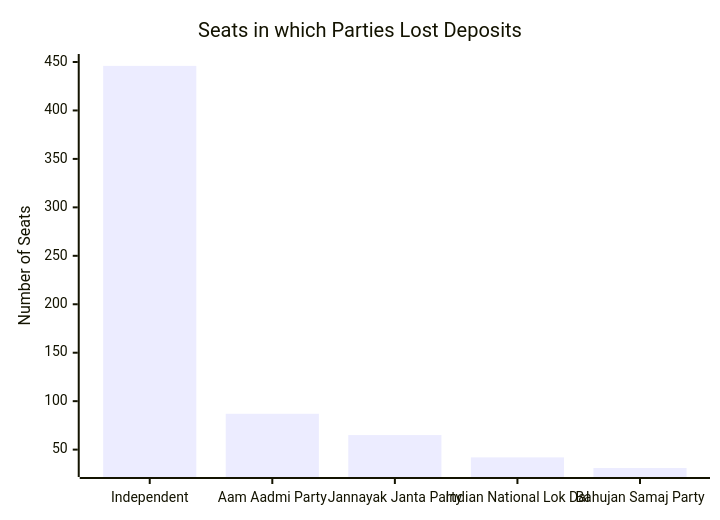
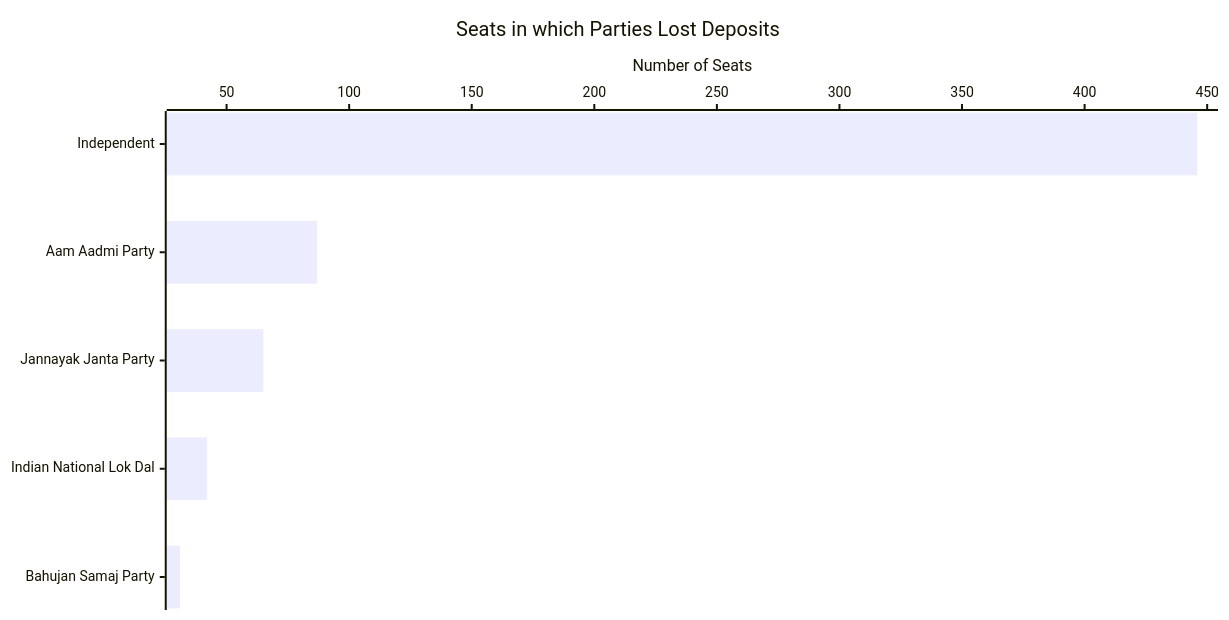
Diagram 15 of 22 in HARYANA-GRAPH.md (arjunswaj/elections), drawn with Mermaid before and after one commit. The commit also changed other lines of this file, not shown here.

Commit message:
Fix formatting of graphs

````diff
--- a/HARYANA-GRAPH.md
+++ b/HARYANA-GRAPH.md
@@ -277,7 +270,14 @@
 ```mermaid
+---
+config:
+    xyChart:
+        width: 1200
+        height: 600
+        chartOrientation: horizontal
+---
 xychart-beta
     title "Seats in which Parties Lost Deposits"
     x-axis ["Independent", "Aam Aadmi Party", "Jannayak Janta Party", "Indian National Lok Dal", "Bahujan Samaj Party"]
     y-axis "Number of Seats" 30 --> 450
     bar [446, 87, 65, 42, 31]
 ```
````
